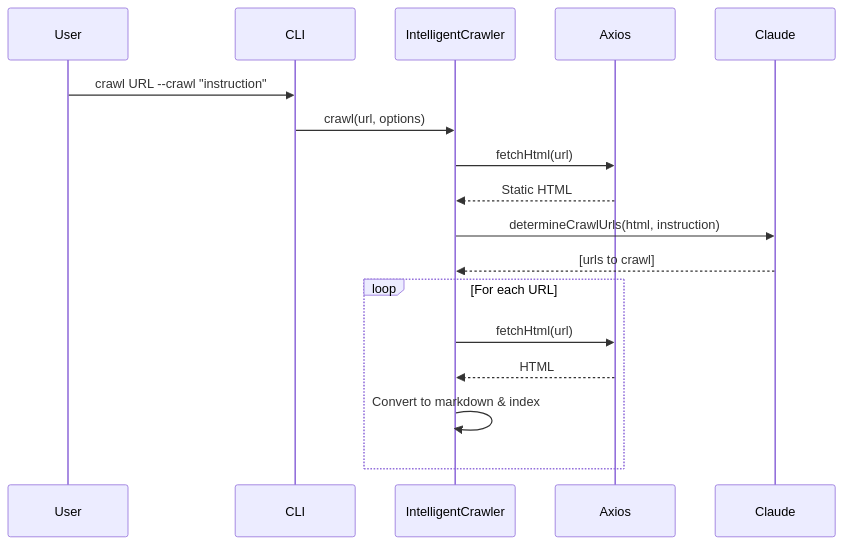
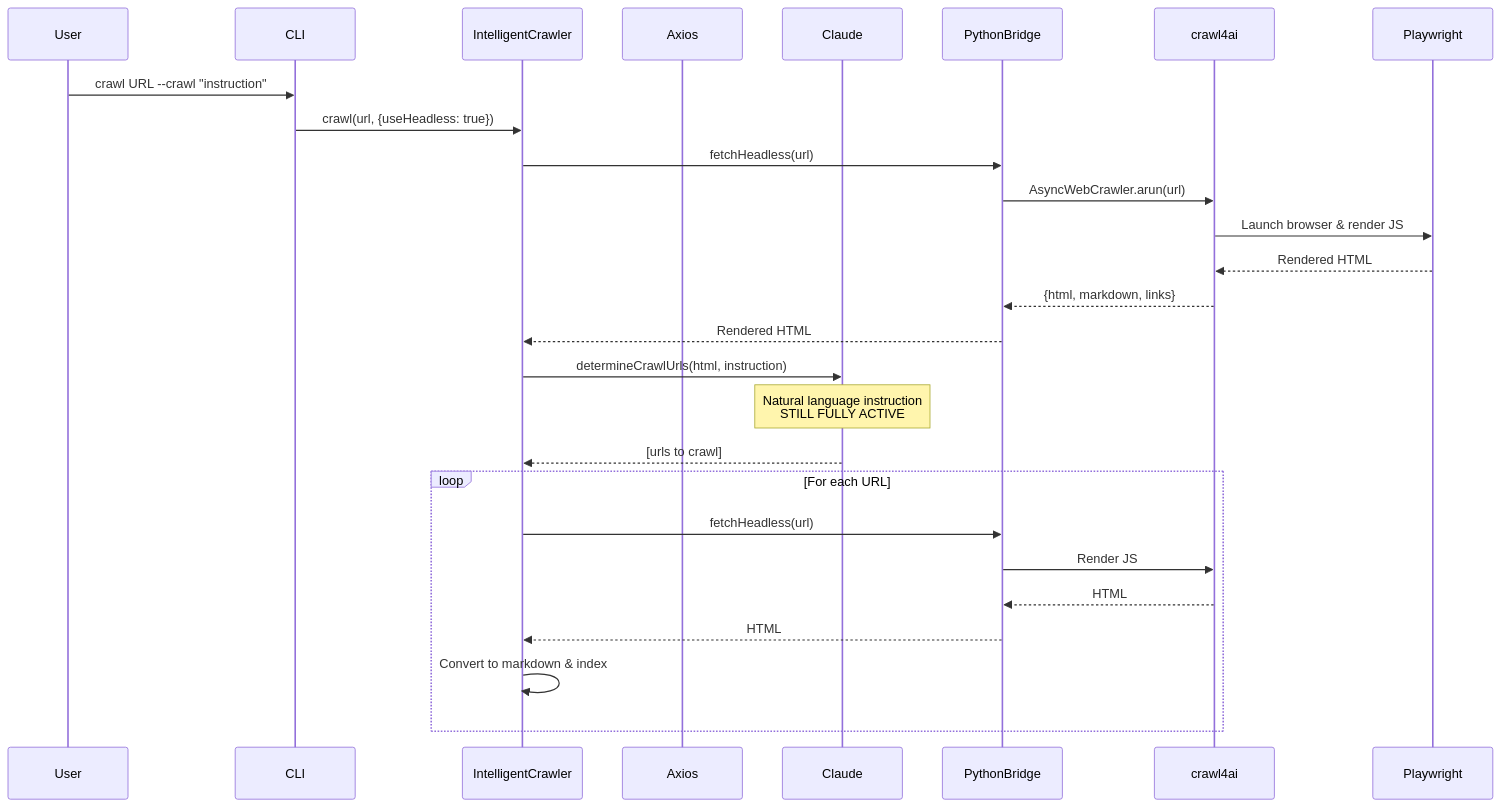
The first of 2 diagrams in README.md (blueraai/bluera-knowledge), drawn with Mermaid before and after one commit. The commit also changed other lines of this file and 16 other files, not shown here.

First line of the commit message:
feat(crawl): default to headless mode for maximum reliability

````diff
--- a/README.md
+++ b/README.md
@@ -778,20 +781,27 @@
 ```mermaid
 sequenceDiagram
     participant User
     participant CLI
     participant IntelligentCrawler
     participant Axios
     participant Claude
 
     User->>CLI: crawl URL --crawl "instruction"
-    CLI->>IntelligentCrawler: crawl(url, options)
-    IntelligentCrawler->>Axios: fetchHtml(url)
-    Axios-->>IntelligentCrawler: Static HTML
+    CLI->>IntelligentCrawler: crawl(url, {useHeadless: true})
+    IntelligentCrawler->>PythonBridge: fetchHeadless(url)
+    PythonBridge->>crawl4ai: AsyncWebCrawler.arun(url)
+    crawl4ai->>Playwright: Launch browser & render JS
+    Playwright-->>crawl4ai: Rendered HTML
+    crawl4ai-->>PythonBridge: {html, markdown, links}
+    PythonBridge-->>IntelligentCrawler: Rendered HTML
     IntelligentCrawler->>Claude: determineCrawlUrls(html, instruction)
+    Note over Claude: Natural language instruction<br/>STILL FULLY ACTIVE
     Claude-->>IntelligentCrawler: [urls to crawl]
     loop For each URL
-        IntelligentCrawler->>Axios: fetchHtml(url)
-        Axios-->>IntelligentCrawler: HTML
+        IntelligentCrawler->>PythonBridge: fetchHeadless(url)
+        PythonBridge->>crawl4ai: Render JS
+        crawl4ai-->>PythonBridge: HTML
+        PythonBridge-->>IntelligentCrawler: HTML
         IntelligentCrawler->>IntelligentCrawler: Convert to markdown & index
     end
 ```
````
